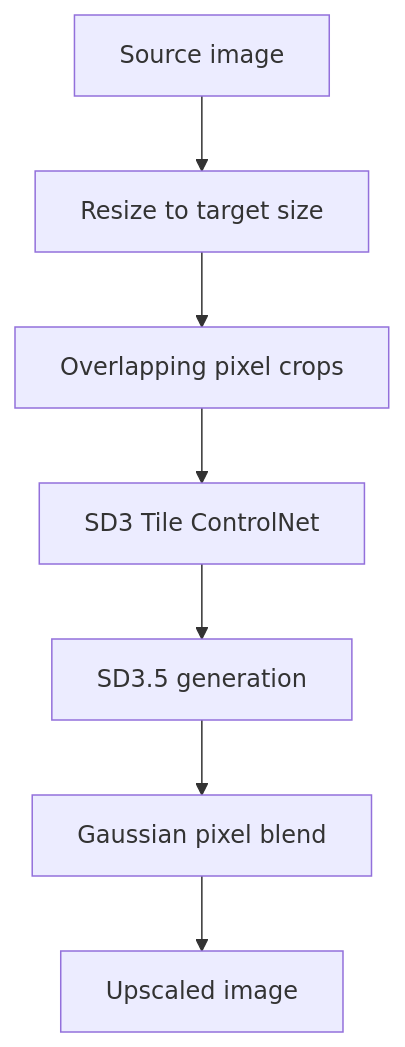
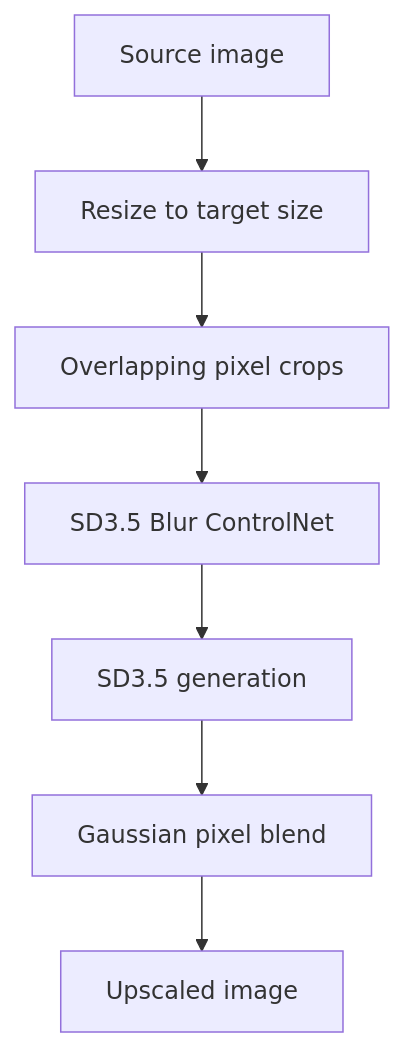
Before and after one commit to alan-turing-institute/find-alan: the sixth of 7 diagrams in upscalers.md, drawn with Mermaid. The commit also changed other lines of this file and 2 other files, not shown here.

````diff
--- a/upscalers.md
+++ b/upscalers.md
@@ -185,9 +185,9 @@
 ```mermaid
 flowchart TD
     Source["Source image"] --> Resize["Resize to target size"]
     Resize --> Crops["Overlapping pixel crops"]
-    Crops --> Control["SD3 Tile ControlNet"]
+    Crops --> Control["SD3.5 Blur ControlNet"]
     Control --> SD3["SD3.5 generation"]
     SD3 --> Blend["Gaussian pixel blend"]
     Blend --> Output["Upscaled image"]
 ```
````
